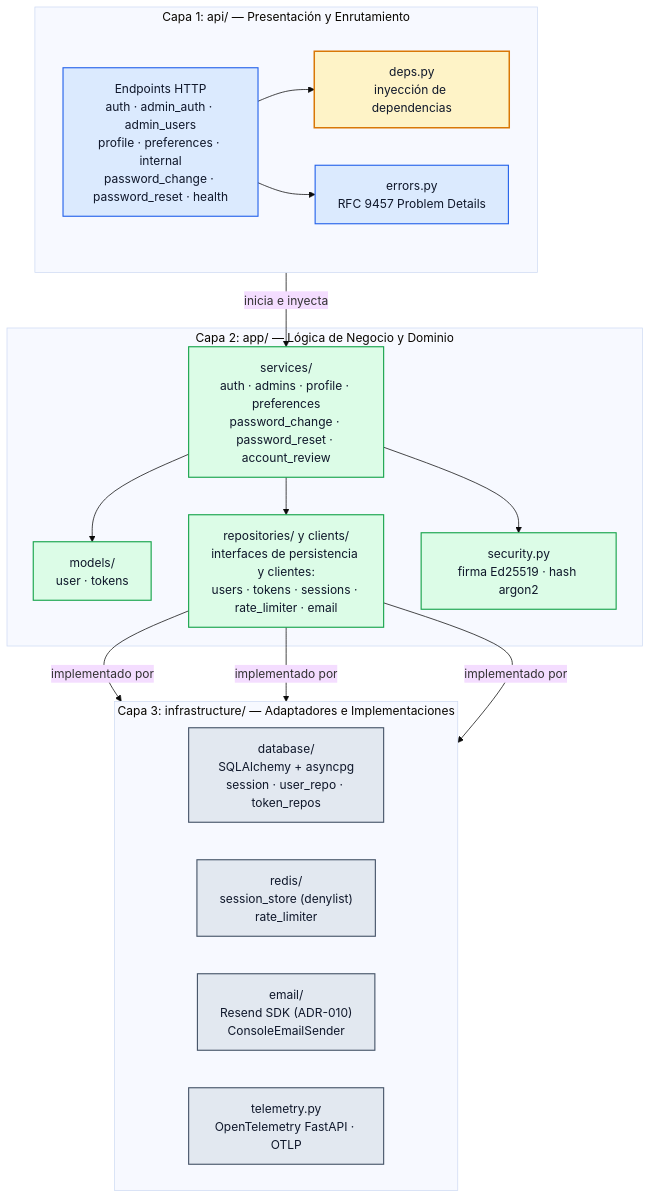
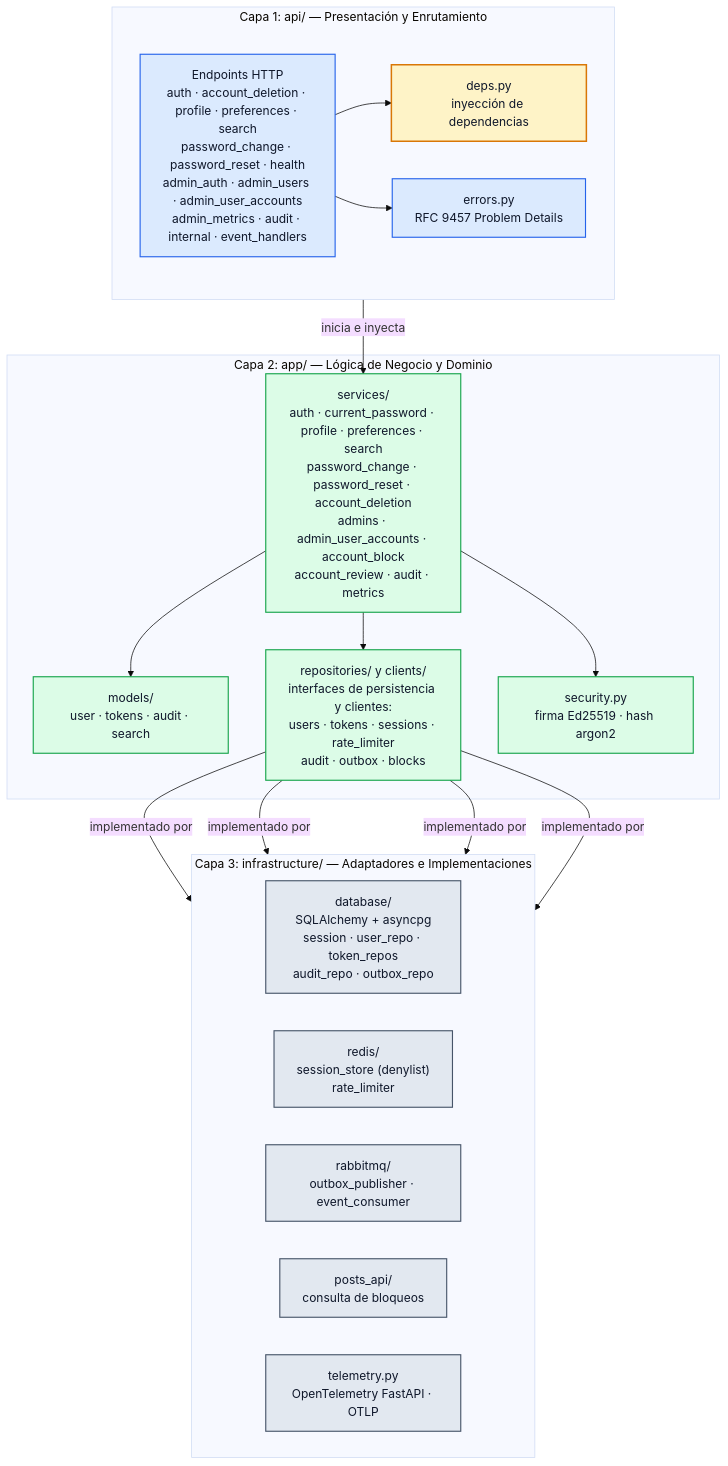
Before and after one commit to tds-g3-2s2026/udesa-x-platform: the third of 4 diagrams in docs/C4.md, drawn with Mermaid (base theme). The commit also changed other lines of this file and 5 other files, not shown here.

````diff
--- a/docs/C4.md
+++ b/docs/C4.md
@@ -199,43 +223,45 @@
 ```mermaid
 flowchart TB
     subgraph api["Capa 1: api/ — Presentación y Enrutamiento"]
         direction LR
-        ENDPOINTS["Endpoints HTTP<br/>auth · admin_auth · admin_users<br/>profile · preferences · internal<br/>password_change · password_reset · health"]
+        ENDPOINTS["Endpoints HTTP<br/>auth · account_deletion · profile · preferences · search<br/>password_change · password_reset · health<br/>admin_auth · admin_users · admin_user_accounts<br/>admin_metrics · audit · internal · event_handlers"]
         DEPS["deps.py<br/>inyección de dependencias"]
         ERRORS["errors.py<br/>RFC 9457 Problem Details"]
         ENDPOINTS --> DEPS
         ENDPOINTS --> ERRORS
     end
 
     subgraph app["Capa 2: app/ — Lógica de Negocio y Dominio"]
-        SERVICES["services/<br/>auth · admins · profile · preferences<br/>password_change · password_reset · account_review"]
-        MODELS["models/<br/>user · tokens"]
-        REPOS["repositories/ y clients/<br/>interfaces de persistencia y clientes:<br/>users · tokens · sessions · rate_limiter · email"]
+        SERVICES["services/<br/>auth · current_password · profile · preferences · search<br/>password_change · password_reset · account_deletion<br/>admins · admin_user_accounts · account_block<br/>account_review · audit · metrics"]
+        MODELS["models/<br/>user · tokens · audit · search"]
+        REPOS["repositories/ y clients/<br/>interfaces de persistencia y clientes:<br/>users · tokens · sessions · rate_limiter<br/>audit · outbox · blocks"]
         SEC["security.py<br/>firma Ed25519 · hash argon2"]
         SERVICES --> MODELS
         SERVICES --> SEC
         SERVICES --> REPOS
     end
 
     subgraph infra["Capa 3: infrastructure/ — Adaptadores e Implementaciones"]
         direction LR
-        DB["database/<br/>SQLAlchemy + asyncpg<br/>session · user_repo · token_repos"]
+        DB["database/<br/>SQLAlchemy + asyncpg<br/>session · user_repo · token_repos<br/>audit_repo · outbox_repo"]
         REDIS_INFRA["redis/<br/>session_store (denylist)<br/>rate_limiter"]
-        EMAIL["email/<br/>Resend SDK (ADR-010)<br/>ConsoleEmailSender"]
+        RABBIT["rabbitmq/<br/>outbox_publisher · event_consumer"]
+        POSTS_CLIENT["posts_api/<br/>consulta de bloqueos"]
         TELEMETRY["telemetry.py<br/>OpenTelemetry FastAPI · OTLP"]
     end
 
     DEPS -->|"inicia e inyecta"| SERVICES
     REPOS -->|"implementado por"| DB
     REPOS -->|"implementado por"| REDIS_INFRA
-    REPOS -->|"implementado por"| EMAIL
+    REPOS -->|"implementado por"| RABBIT
+    REPOS -->|"implementado por"| POSTS_CLIENT
 
     classDef capaApi fill:#dbeafe,stroke:#2563eb,stroke-width:1.5px,color:#0f172a
     classDef capaApp fill:#dcfce7,stroke:#16a34a,stroke-width:1.5px,color:#0f172a
     classDef capaInfra fill:#e2e8f0,stroke:#475569,stroke-width:1.5px,color:#0f172a
     classDef costura fill:#fef3c7,stroke:#d97706,stroke-width:2px,color:#0f172a
     class ENDPOINTS,ERRORS capaApi
     class MODELS,REPOS,SERVICES,SEC capaApp
-    class DB,REDIS_INFRA,EMAIL,TELEMETRY capaInfra
+    class DB,REDIS_INFRA,RABBIT,POSTS_CLIENT,TELEMETRY capaInfra
     class DEPS costura
 ```
````
